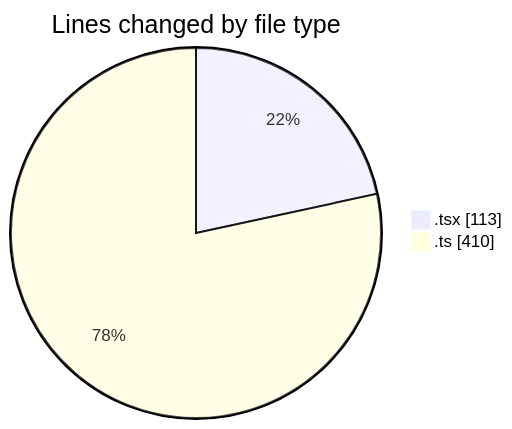
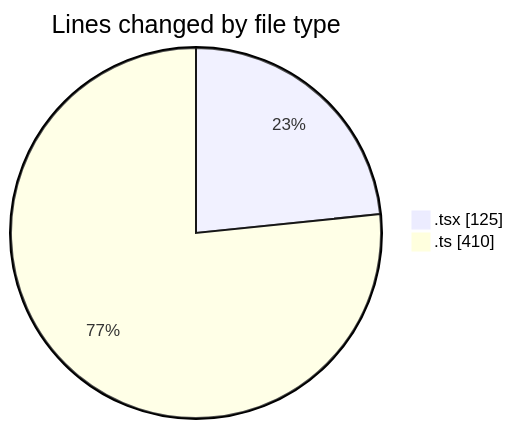
The first of 2 diagrams in 2026-03-26/cda/README.md (momahboobian/code-tracking), drawn with Mermaid before and after one commit. The commit also changed other lines of this file and 1 other file, not shown here.

````diff
--- a/2026-03-26/cda/README.md
+++ b/2026-03-26/cda/README.md
@@ -22,6 +22,6 @@
 ```mermaid
 pie showData
 title Lines changed by file type
-".tsx" : 113
+".tsx" : 125
 ".ts" : 410
 ```
````
